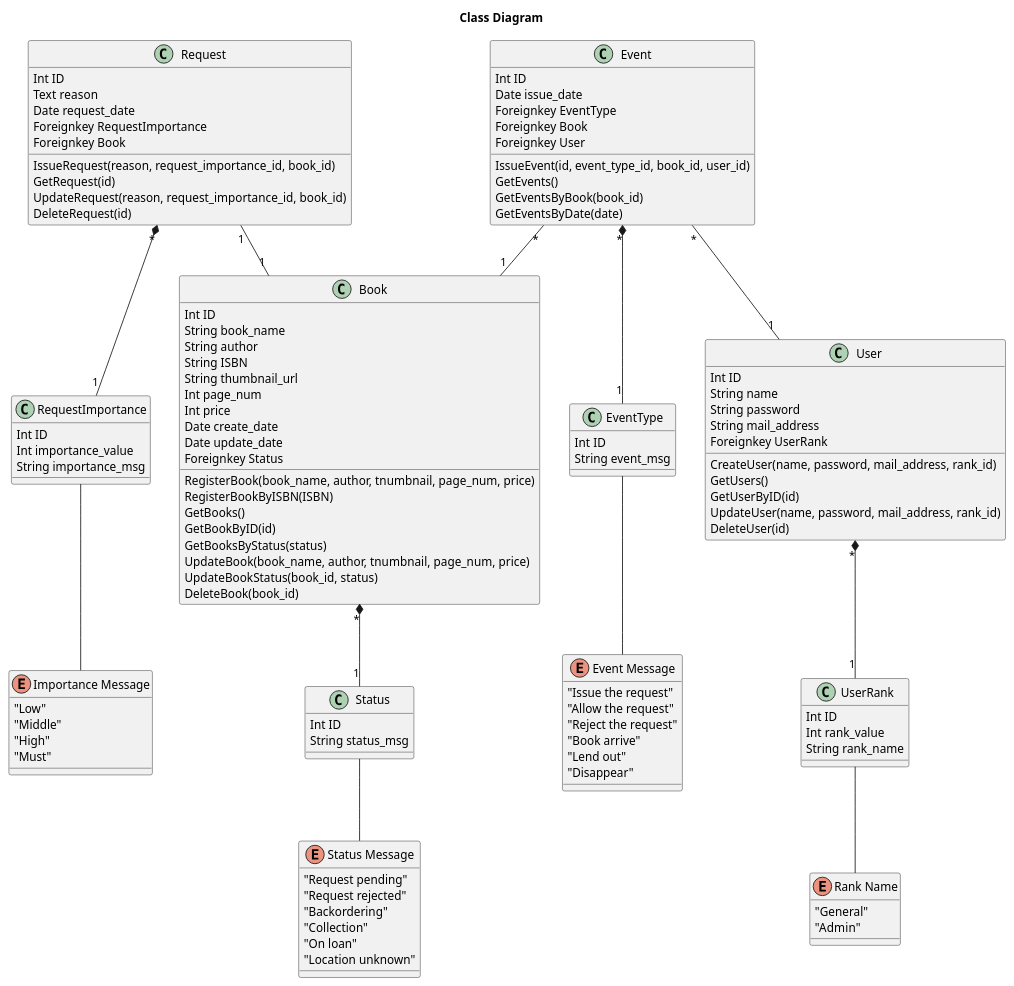
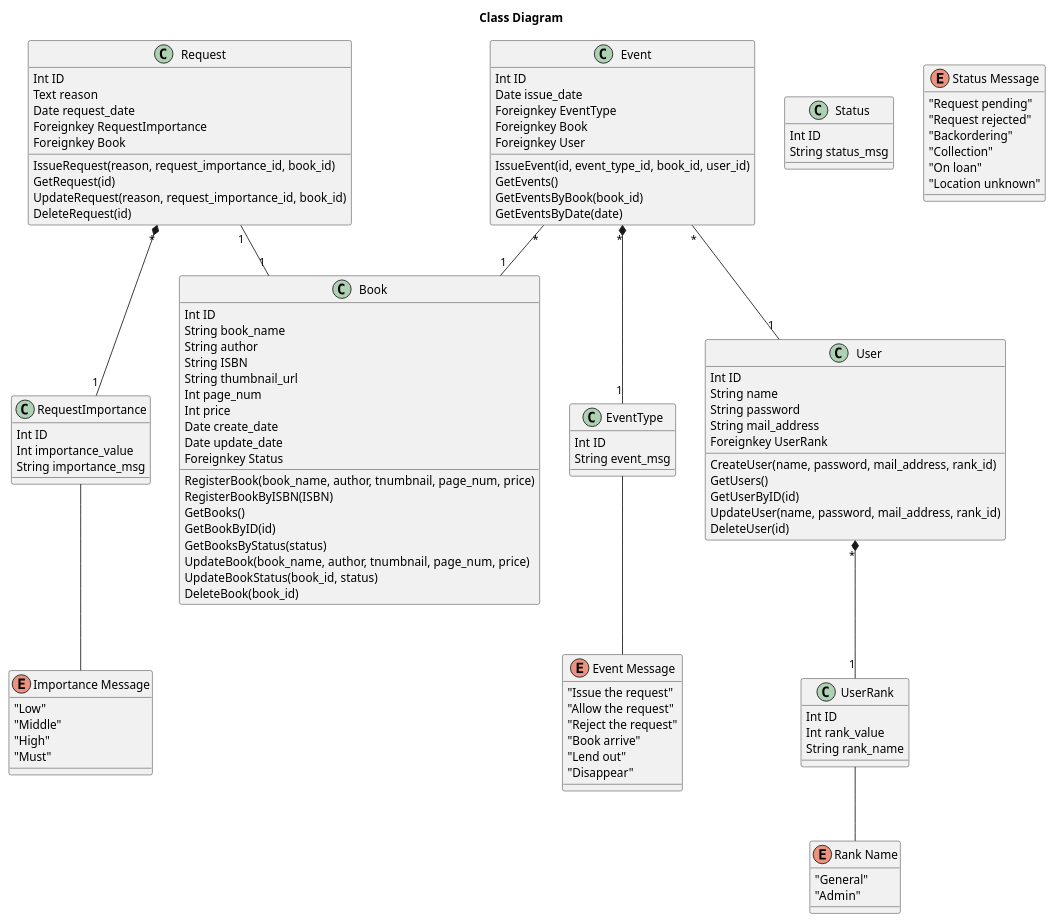
The diagram in docs/design/class.pu (naist-sushi/sushi-library), drawn with PlantUML before and after one commit.

Commit message:
Fix class.pu
remove book-status

```diff
--- a/docs/design/class.pu
+++ b/docs/design/class.pu
@@ -1,135 +1,135 @@
 @startuml
 title Class Diagram
 class Book {
     Int ID
     String book_name
     String author
     String ISBN
     String thumbnail_url
     Int page_num
     Int price
     Date create_date
     Date update_date
     Foreignkey Status
 
     RegisterBook(book_name, author, tnumbnail, page_num, price)
     RegisterBookByISBN(ISBN)
     GetBooks()
     GetBookByID(id)
     GetBooksByStatus(status)
     UpdateBook(book_name, author, tnumbnail, page_num, price)
     UpdateBookStatus(book_id, status)
     DeleteBook(book_id)
 }
 
 class Status {
     Int ID
     String status_msg
 }
 
 enum "Status Message" as status_msg {
     "Request pending"
     "Request rejected"
     "Backordering"
     "Collection"
     "On loan"
     "Location unknown"
 }
 
 class Request {
     Int ID
     Text reason
     Date request_date
     Foreignkey RequestImportance
     Foreignkey Book
 
     IssueRequest(reason, request_importance_id, book_id)
     GetRequest(id)
     UpdateRequest(reason, request_importance_id, book_id)
     DeleteRequest(id)
 }
 
 class RequestImportance {
     Int ID
     Int importance_value
     String importance_msg
 }
 
 enum "Importance Message" as importance_msg {
     "Low"
     "Middle"
     "High"
     "Must"
 }
 
 class Event {
     Int ID
     Date issue_date
     Foreignkey EventType
     Foreignkey Book
     Foreignkey User
 
     IssueEvent(id, event_type_id, book_id, user_id)
     GetEvents()
     GetEventsByBook(book_id)
     GetEventsByDate(date)
 }
 
 class EventType {
     Int ID
     String event_msg
 }
 
 enum "Event Message" as event_msg{
     "Issue the request"
     "Allow the request"
     "Reject the request"
     "Book arrive"
     "Lend out"
     "Disappear"
 }
 
 class User {
     Int ID
     String name
     String password
     String mail_address
     Foreignkey UserRank
 
     CreateUser(name, password, mail_address, rank_id)
     GetUsers()
     GetUserByID(id)
     UpdateUser(name, password, mail_address, rank_id)
     DeleteUser(id)
 }
 
 class UserRank {
     Int ID
     Int rank_value
     String rank_name
 }
 
 enum "Rank Name" as rank_name {
     "General"
     "Admin"
 }
 
 ' enum
-Status -- status_msg
+'Status -- status_msg
 RequestImportance -- importance_msg
 EventType -- event_msg
 UserRank -- rank_name
 
 ' rerations
-Book "*" *-- "1" Status
+'Book "*" *-- "1" Status
 
 Request "1" -- "1" Book
 Request "*" *-- "1" RequestImportance
 
 Event "*" -- "1" Book
 Event "*" -- "1" User
 Event "*" *-- "1" EventType
 
 User "*" *-- "1" UserRank
 
 @enduml
```
